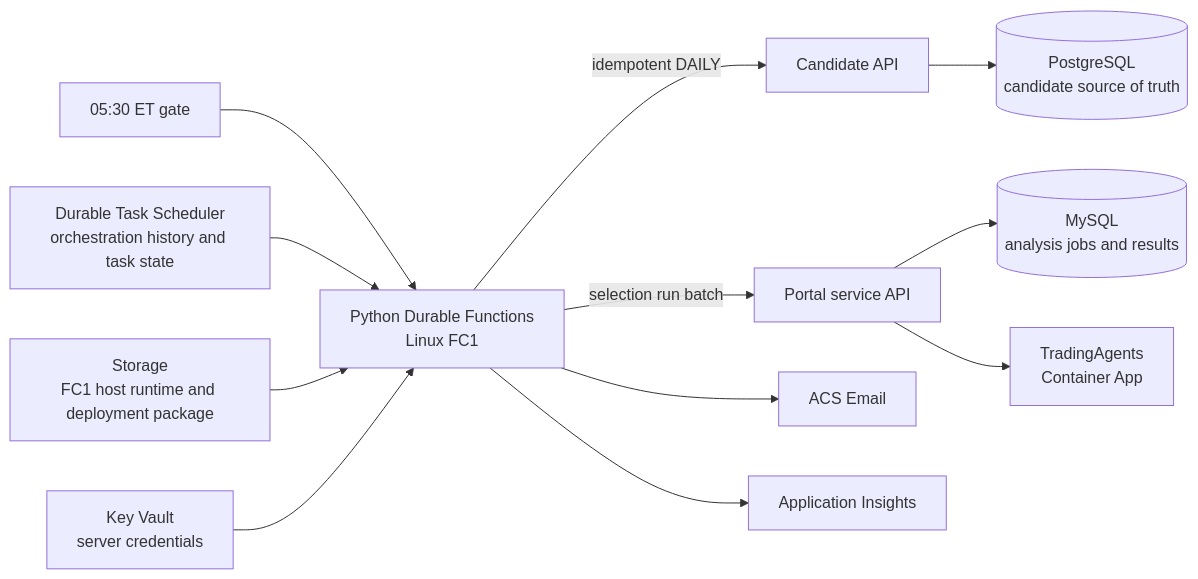
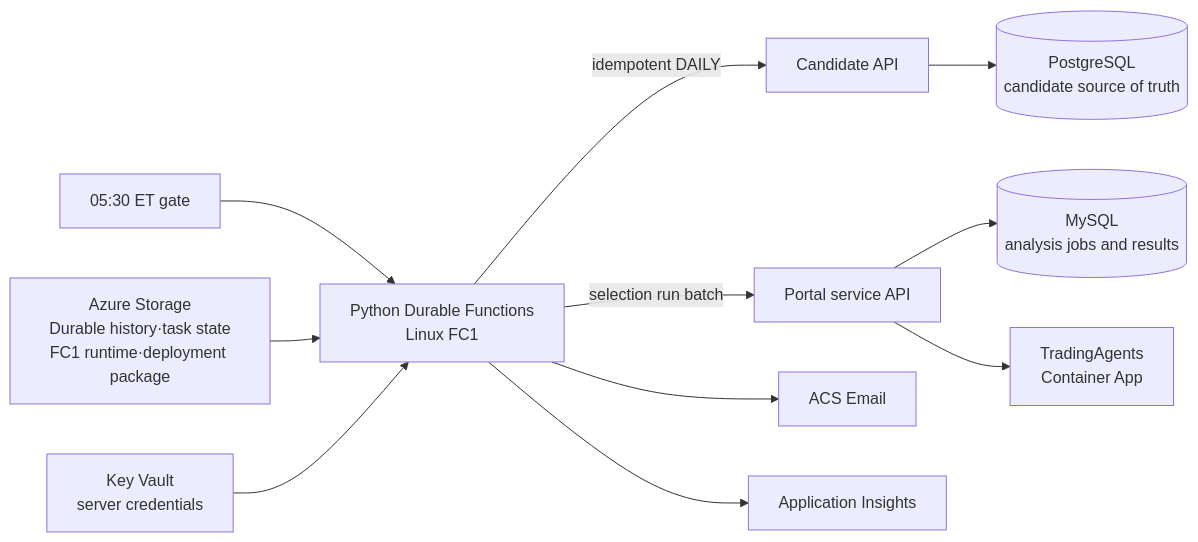
The diagram in orchestrator/README.md (brjeong-private/sp500-candidate-engine), drawn with Mermaid before and after one commit. The commit also changed other lines of this file and 6 other files, not shown here.

Commit message:
Switch Durable backend to Azure Storage

````diff
--- a/orchestrator/README.md
+++ b/orchestrator/README.md
@@ -14,14 +14,13 @@
 ```mermaid
 flowchart LR
     Timer["05:30 ET gate"] --> Function["Python Durable Functions<br/>Linux FC1"]
-    DTS["Durable Task Scheduler<br/>orchestration history and task state"] --> Function
-    Storage["Storage<br/>FC1 host runtime and deployment package"] --> Function
+    Storage["Azure Storage<br/>Durable history·task state<br/>FC1 runtime·deployment package"] --> Function
     Vault["Key Vault<br/>server credentials"] --> Function
     Function -->|"idempotent DAILY"| Candidate["Candidate API"]
     Candidate --> PostgreSQL[("PostgreSQL<br/>candidate source of truth")]
     Function -->|"selection run batch"| Portal["Portal service API"]
     Portal --> MySQL[("MySQL<br/>analysis jobs and results")]
     Portal --> Trading["TradingAgents<br/>Container App"]
     Function --> Email["ACS Email"]
     Function --> Insights["Application Insights"]
 ```
````
